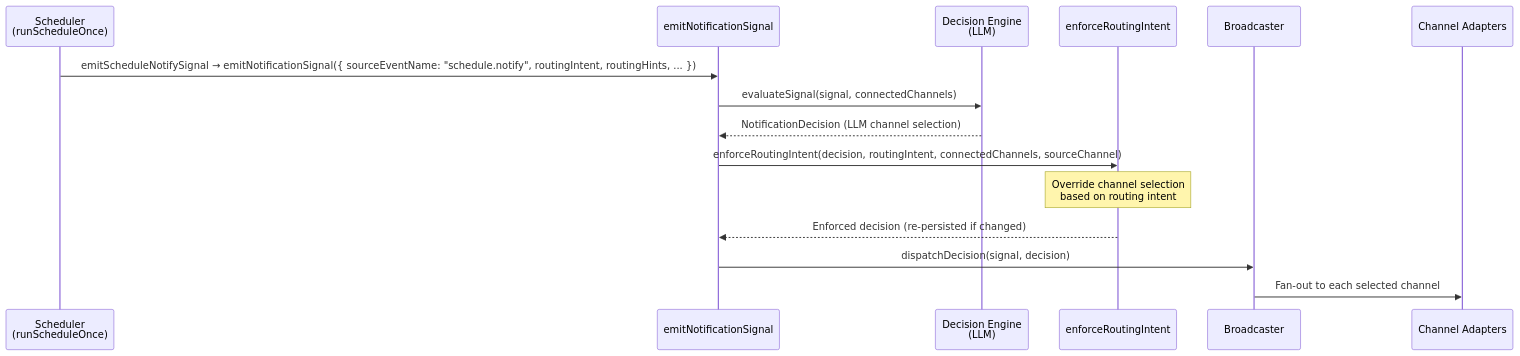
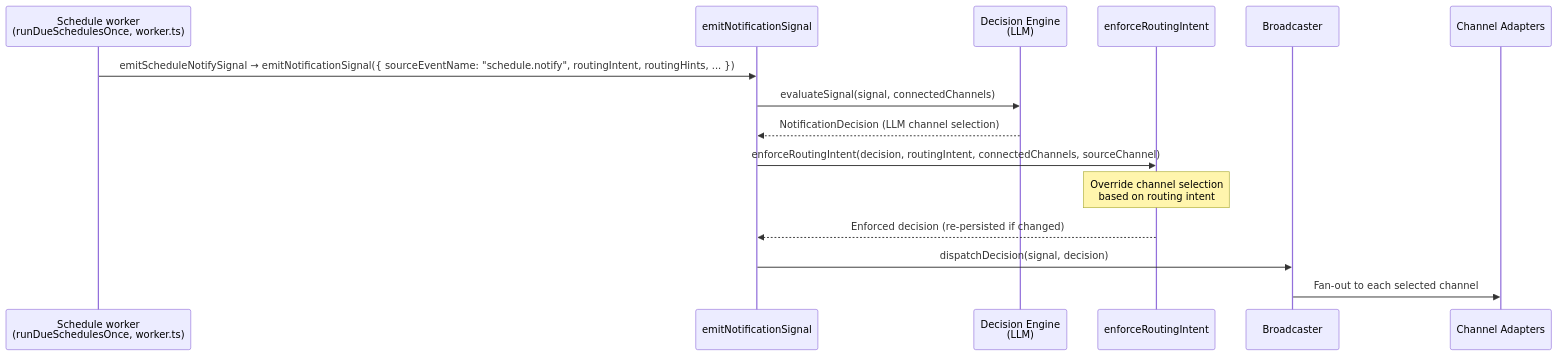
Before and after one commit to vellum-ai/vellum-assistant: the first of 2 diagrams in assistant/docs/architecture/scheduling.md, drawn with Mermaid. The commit also changed 1 other file, not shown here.

Commit message:
docs(schedule): name the schedule worker's runner and cover one-shot schedules in the table node

````diff
--- a/assistant/docs/architecture/scheduling.md
+++ b/assistant/docs/architecture/scheduling.md
@@ -69,18 +69,18 @@
 ```mermaid
 sequenceDiagram
-    participant Scheduler as Scheduler<br/>(runScheduleOnce)
+    participant Scheduler as Schedule worker<br/>(runDueSchedulesOnce, worker.ts)
     participant Signal as emitNotificationSignal
     participant Engine as Decision Engine<br/>(LLM)
     participant Enforce as enforceRoutingIntent
     participant Broadcaster as Broadcaster
     participant Adapters as Channel Adapters
 
     Scheduler->>Signal: emitScheduleNotifySignal → emitNotificationSignal({ sourceEventName: "schedule.notify", routingIntent, routingHints, ... })
     Signal->>Engine: evaluateSignal(signal, connectedChannels)
     Engine-->>Signal: NotificationDecision (LLM channel selection)
     Signal->>Enforce: enforceRoutingIntent(decision, routingIntent, connectedChannels, sourceChannel)
     Note over Enforce: Override channel selection<br/>based on routing intent
     Enforce-->>Signal: Enforced decision (re-persisted if changed)
     Signal->>Broadcaster: dispatchDecision(signal, decision)
     Broadcaster->>Adapters: Fan-out to each selected channel
 ```
````
